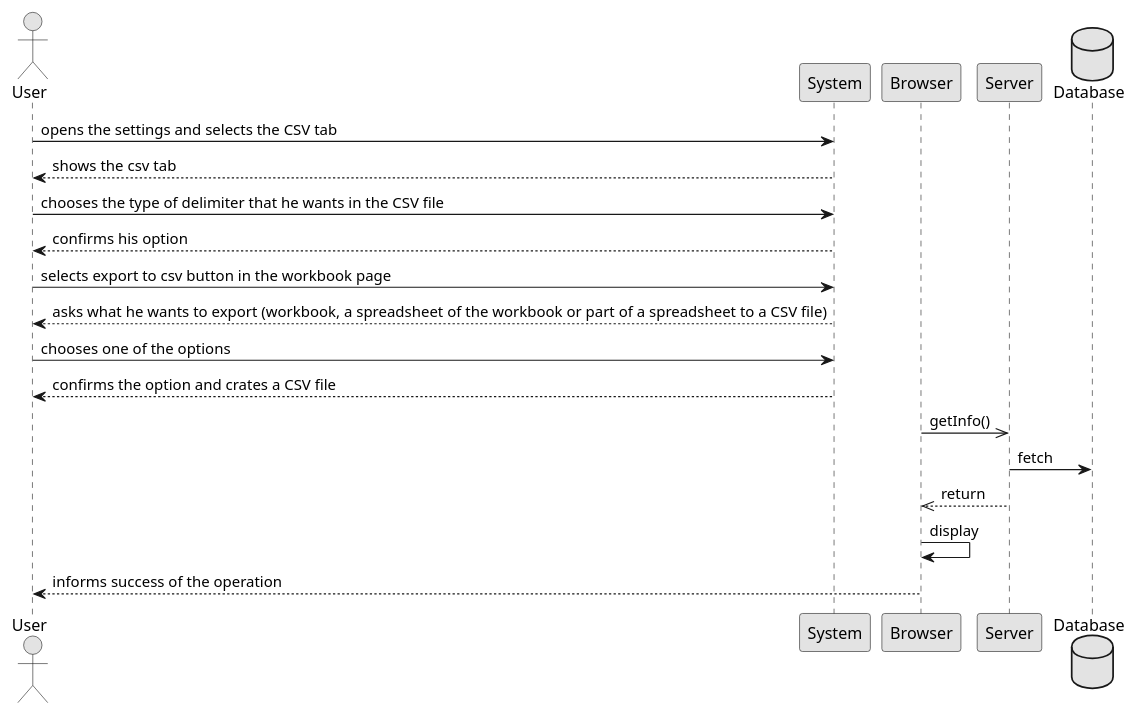
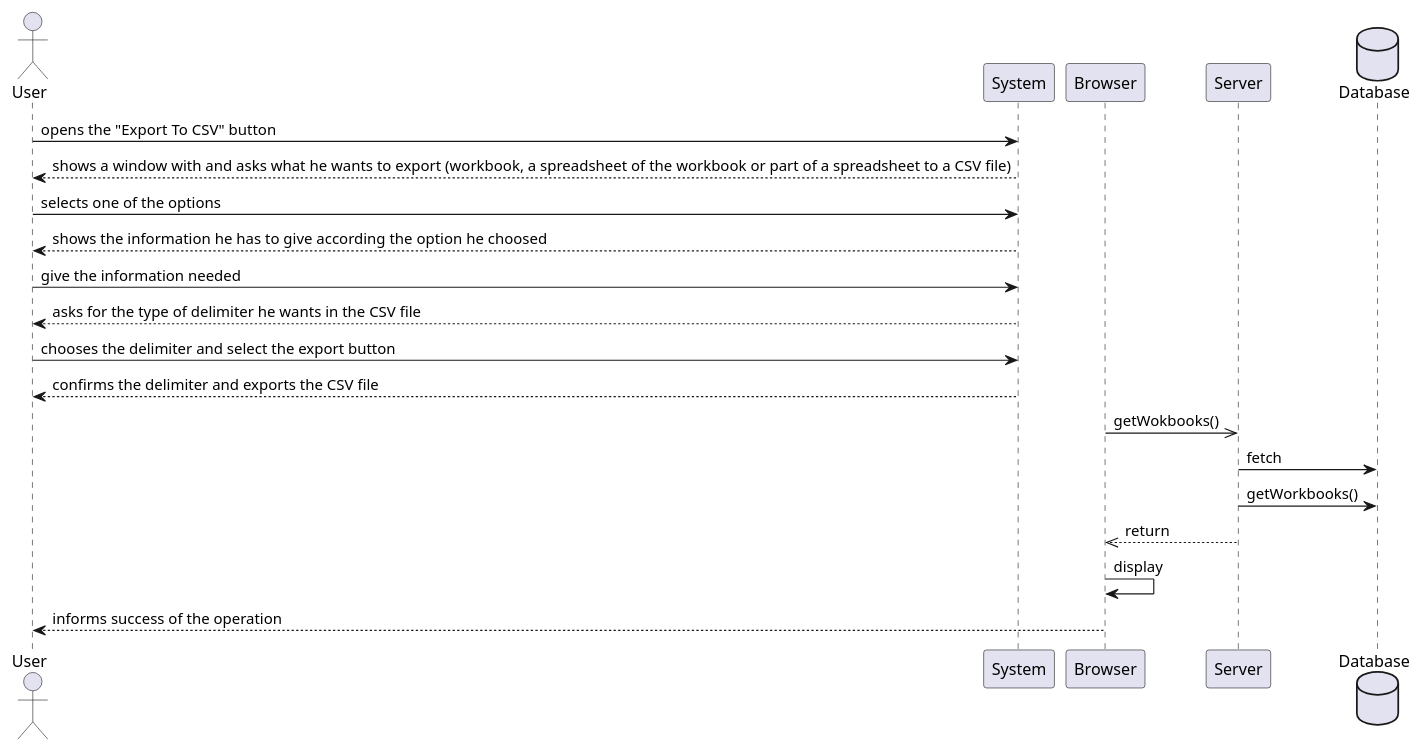
One commit to HugoFernandes2343/LAPR4_2017-2018 changed the diagram in docs/green/s1160696/sp1/analysis.puml. Above: the diagram before and after it, drawn with PlantUML. The commit also changed 4 other files, not shown here.

```diff
--- a/docs/green/s1160696/sp1/analysis.puml
+++ b/docs/green/s1160696/sp1/analysis.puml
@@ -1,30 +1,26 @@
 @startuml
-skinparam handwritten false
-skinparam monochrome true
-skinparam packageStyle rect
-skinparam defaultFontName FG Virgil
-skinparam shadowing false
-
 actor User
 
-User->System: opens the settings and selects the CSV tab
-System-->User: shows the csv tab
-User->System: chooses the type of delimiter that he wants in the CSV file
-System-->User: confirms his option
-User->System: selects export to csv button in the workbook page
-System-->User: asks what he wants to export (workbook, a spreadsheet of the workbook or part of a spreadsheet to a CSV file)
-User->System: chooses one of the options
-System-->User: confirms the option and crates a CSV file
+User->System: opens the "Export To CSV" button
+System-->User: shows a window with and asks what he wants to export (workbook, a spreadsheet of the workbook or part of a spreadsheet to a CSV file)
+User->System: selects one of the options
+System-->User: shows the information he has to give according the option he choosed
+User->System: give the information needed
+System-->User: asks for the type of delimiter he wants in the CSV file
+User->System: chooses the delimiter and select the export button
+System-->User: confirms the delimiter and exports the CSV file
 
-Browser ->> Server : getInfo()
+Browser ->> Server : getWokbooks()
 
 database Database
 
 Server -> Database : fetch
+
+Server -> Database : getWorkbooks()
 
 Server -->> Browser : return
 
 Browser -> Browser : display
 
 Browser --> User : informs success of the operation
 @enduml
```
